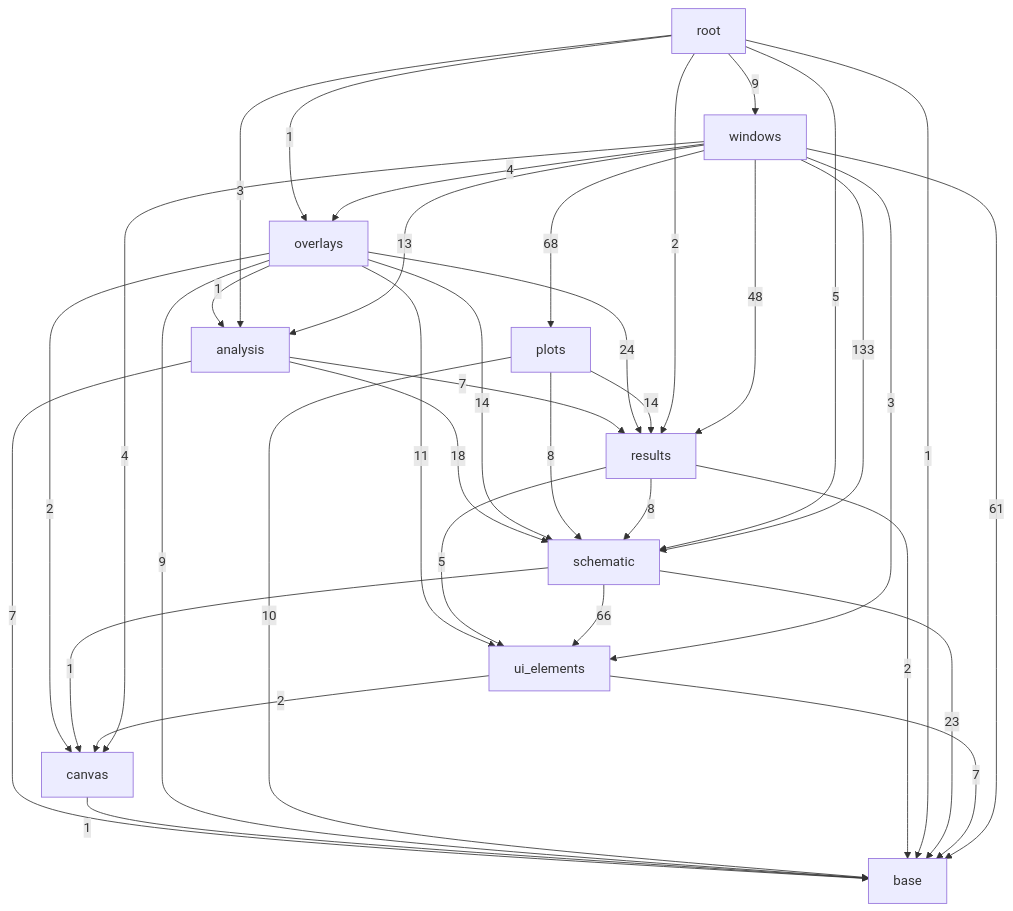
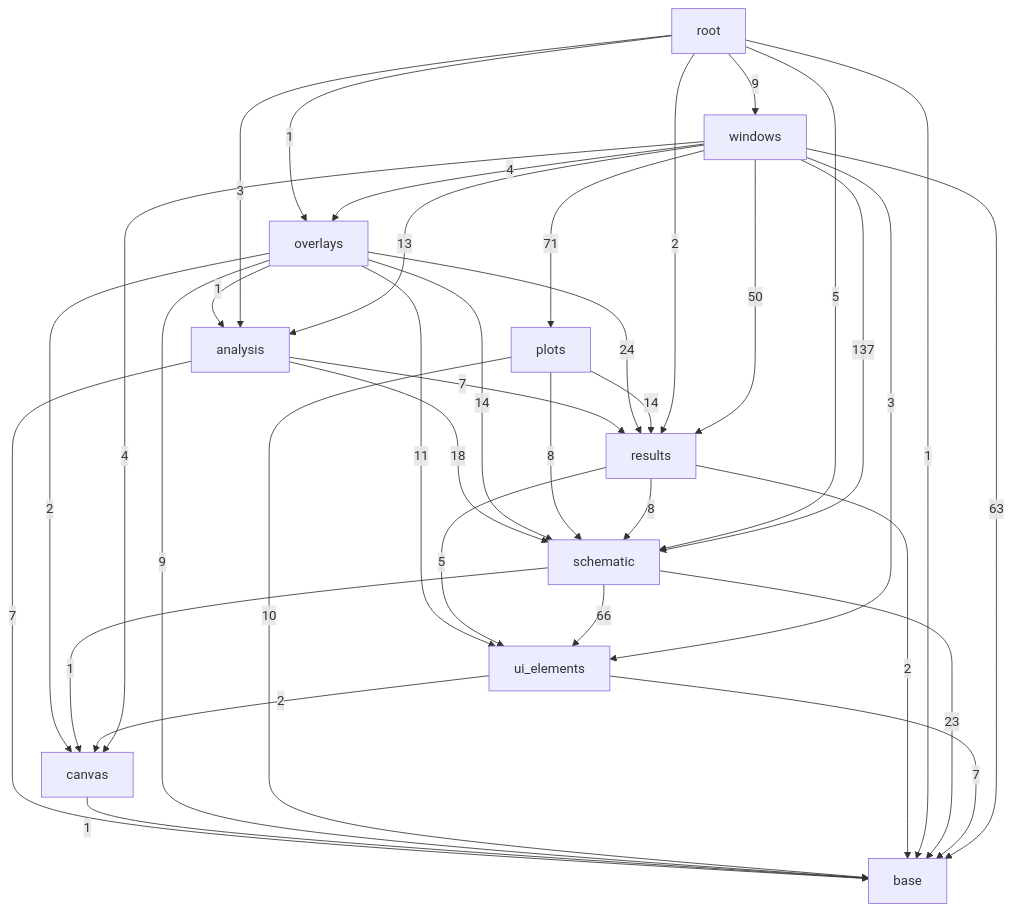
Before and after one commit to ronnymilleo/imcsim: the third of 3 diagrams in docs/architecture.md, drawn with Mermaid. The commit also changed other lines of this file, not shown here.

Commit message:
Update the include diagram for the canvas pointer, the S-parameter choices and the logic lane plot

````diff
--- a/docs/architecture.md
+++ b/docs/architecture.md
@@ -56,48 +56,48 @@
 ```mermaid
 flowchart TD
     app_gui_base[base]
     app_gui_canvas[canvas]
     app_gui_ui_elements[ui_elements]
     app_gui_schematic[schematic]
     app_gui_results[results]
     app_gui_analysis[analysis]
     app_gui_plots[plots]
     app_gui_overlays[overlays]
     app_gui_windows[windows]
     app_gui_root[root]
     app_gui_analysis -->|7| app_gui_base
     app_gui_analysis -->|7| app_gui_results
     app_gui_analysis -->|18| app_gui_schematic
     app_gui_canvas -->|1| app_gui_base
     app_gui_overlays -->|1| app_gui_analysis
     app_gui_overlays -->|9| app_gui_base
     app_gui_overlays -->|2| app_gui_canvas
     app_gui_overlays -->|24| app_gui_results
     app_gui_overlays -->|14| app_gui_schematic
     app_gui_overlays -->|11| app_gui_ui_elements
     app_gui_plots -->|10| app_gui_base
     app_gui_plots -->|14| app_gui_results
     app_gui_plots -->|8| app_gui_schematic
     app_gui_results -->|2| app_gui_base
     app_gui_results -->|8| app_gui_schematic
     app_gui_results -->|5| app_gui_ui_elements
     app_gui_root -->|3| app_gui_analysis
     app_gui_root -->|1| app_gui_base
     app_gui_root -->|1| app_gui_overlays
     app_gui_root -->|2| app_gui_results
     app_gui_root -->|5| app_gui_schematic
     app_gui_root -->|9| app_gui_windows
     app_gui_schematic -->|23| app_gui_base
     app_gui_schematic -->|1| app_gui_canvas
     app_gui_schematic -->|66| app_gui_ui_elements
     app_gui_ui_elements -->|7| app_gui_base
     app_gui_ui_elements -->|2| app_gui_canvas
     app_gui_windows -->|13| app_gui_analysis
-    app_gui_windows -->|61| app_gui_base
+    app_gui_windows -->|63| app_gui_base
     app_gui_windows -->|4| app_gui_canvas
     app_gui_windows -->|4| app_gui_overlays
-    app_gui_windows -->|68| app_gui_plots
-    app_gui_windows -->|48| app_gui_results
-    app_gui_windows -->|133| app_gui_schematic
+    app_gui_windows -->|71| app_gui_plots
+    app_gui_windows -->|50| app_gui_results
+    app_gui_windows -->|137| app_gui_schematic
     app_gui_windows -->|3| app_gui_ui_elements
 ```
````
